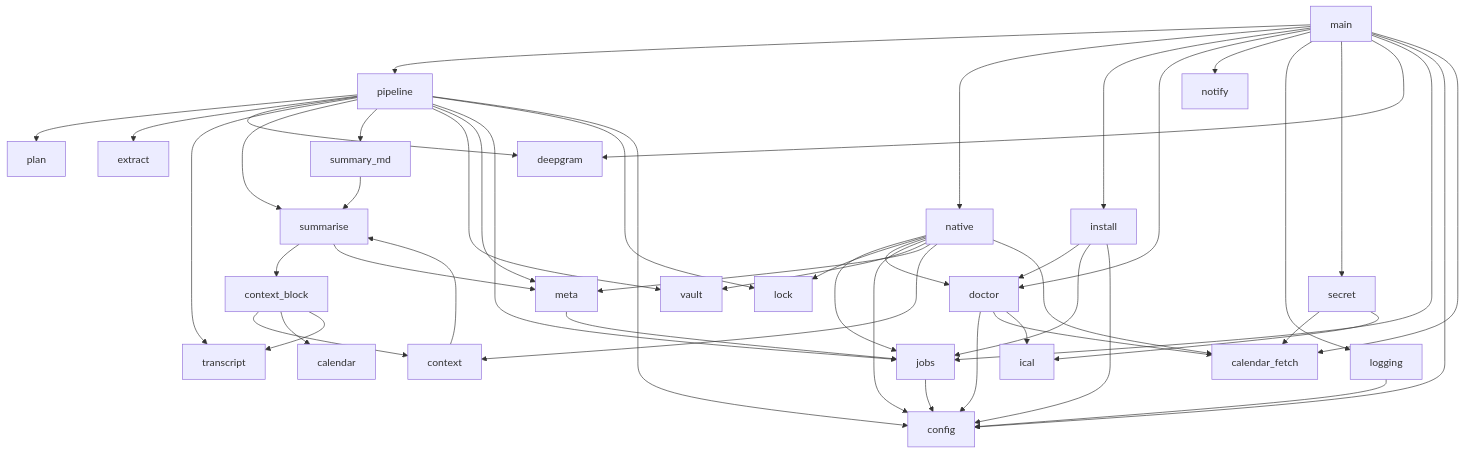
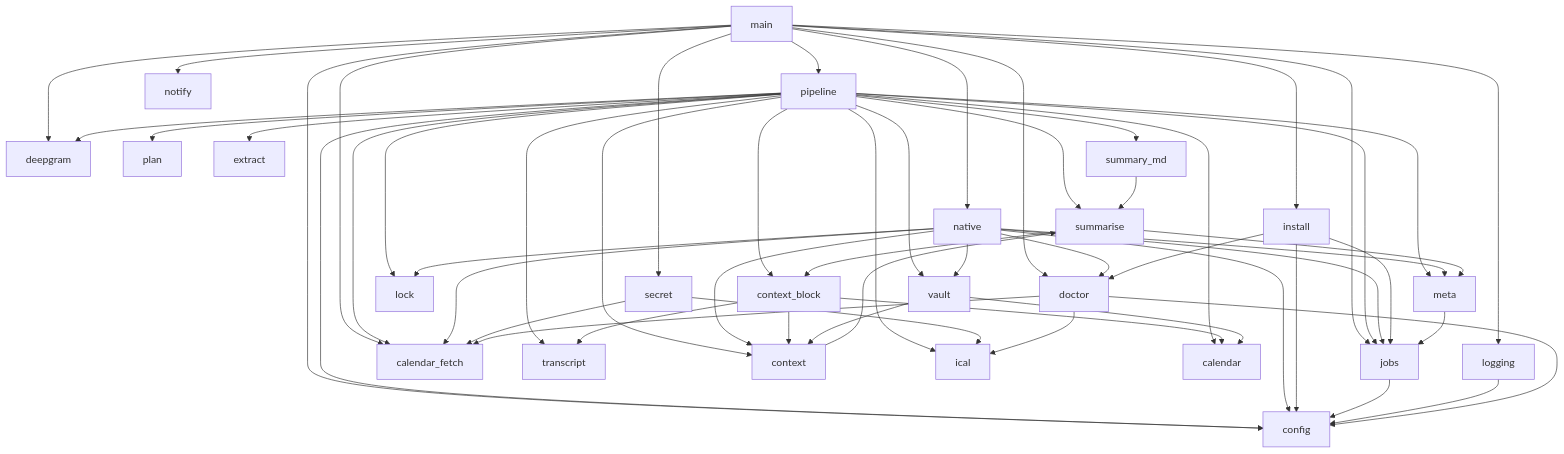
Before and after one commit to masnun-siam/meeting-manager: the diagram in docs/tool.md, drawn with Mermaid. The commit also changed other lines of this file and 8 other files, not shown here.

Commit message:
feat(#103): calendar lookup and context block in the pipeline

````diff
--- a/docs/tool.md
+++ b/docs/tool.md
@@ -60,17 +60,19 @@
 ```mermaid
 flowchart TD
     main --> pipeline & native & install & doctor & notify & logging & secret & deepgram & jobs & config & calendar_fetch
     pipeline --> plan & extract & deepgram & transcript & summarise & summary_md & vault & meta & jobs & lock & config
+    pipeline --> context & calendar_fetch & ical & calendar & context_block
     native --> jobs & lock & doctor & config & vault & meta & context & calendar_fetch
     secret --> calendar_fetch & ical
     context --> summarise
     summarise --> context_block
     context_block --> context & calendar & transcript
     install --> doctor & jobs & config
     summary_md --> summarise
     summarise --> meta
     meta --> jobs
     jobs --> config
     logging --> config
+    vault --> calendar & context
     doctor --> config & calendar_fetch & ical
 ```
````
